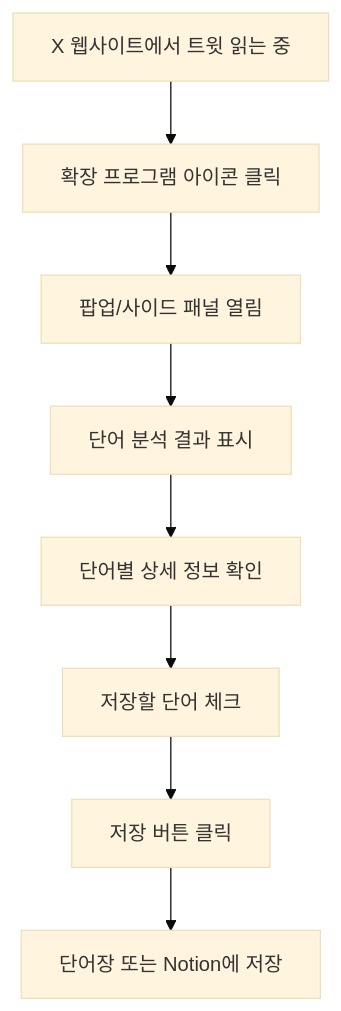
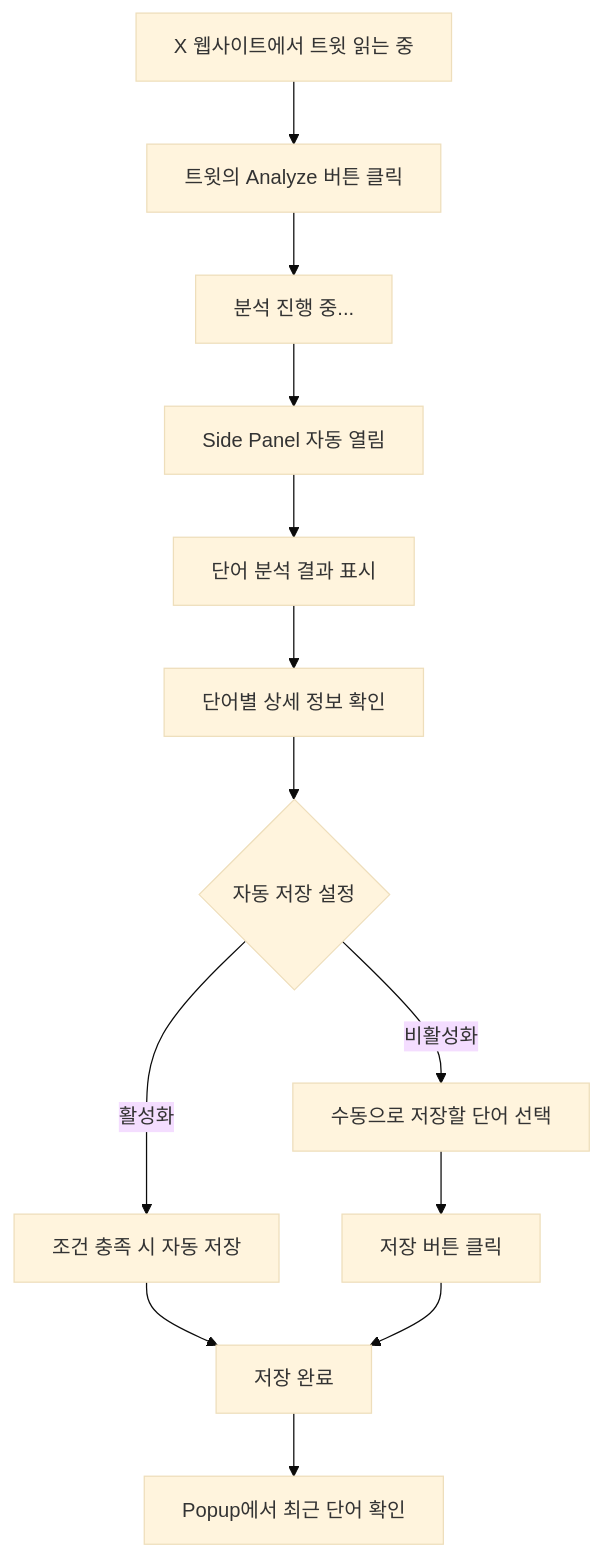
One commit to wrtn-edu-swu-bootcamp/project_16 changed the third of 10 diagrams in docs/서비스_기획안.md. Above: the diagram before and after it, drawn with Mermaid (base theme). The commit also changed other lines of this file and 2 other files, not shown here.

````diff
--- a/docs/서비스_기획안.md
+++ b/docs/서비스_기획안.md
@@ -139,10 +181,15 @@
 ```mermaid
 flowchart TD
-    A[X 웹사이트에서 트윗 읽는 중] --> B[확장 프로그램 아이콘 클릭]
-    B --> C[팝업/사이드 패널 열림]
-    C --> D[단어 분석 결과 표시]
-    D --> E[단어별 상세 정보 확인]
-    E --> F[저장할 단어 체크]
-    F --> G[저장 버튼 클릭]
-    G --> H[단어장 또는 Notion에 저장]
+    A[X 웹사이트에서 트윗 읽는 중] --> B[트윗의 Analyze 버튼 클릭]
+    B --> C[분석 진행 중...]
+    C --> D[Side Panel 자동 열림]
+    D --> E[단어 분석 결과 표시]
+    E --> F[단어별 상세 정보 확인]
+    F --> G{자동 저장 설정}
+    G -->|활성화| H[조건 충족 시 자동 저장]
+    G -->|비활성화| I[수동으로 저장할 단어 선택]
+    H --> J[저장 완료]
+    I --> K[저장 버튼 클릭]
+    K --> J
+    J --> L[Popup에서 최근 단어 확인]
 ```
````
